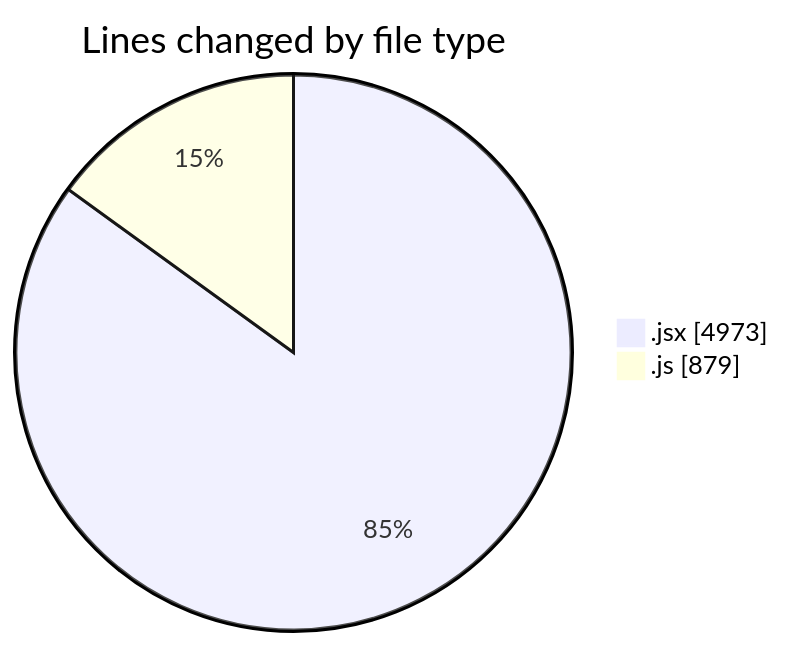
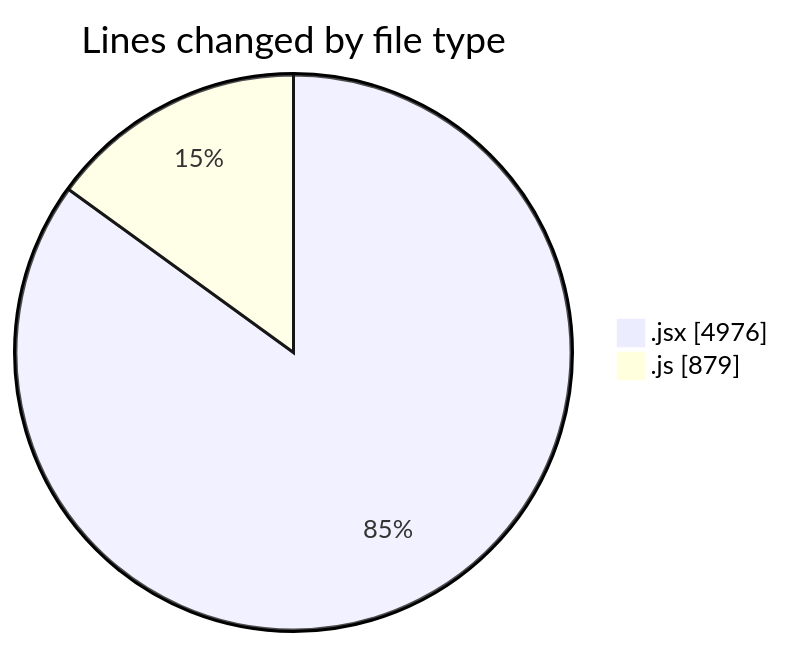
One commit to nxtqubesakshisongat/code-tracking changed the first of 2 diagrams in 2025-07-21/nxtqube_webapp/README.md. Above: the diagram before and after it, drawn with Mermaid. The commit also changed other lines of this file and 1 other file, not shown here.

````diff
--- a/2025-07-21/nxtqube_webapp/README.md
+++ b/2025-07-21/nxtqube_webapp/README.md
@@ -28,6 +28,6 @@
 ```mermaid
 pie showData
 title Lines changed by file type
-".jsx" : 4973
+".jsx" : 4976
 ".js" : 879
 ```
````
